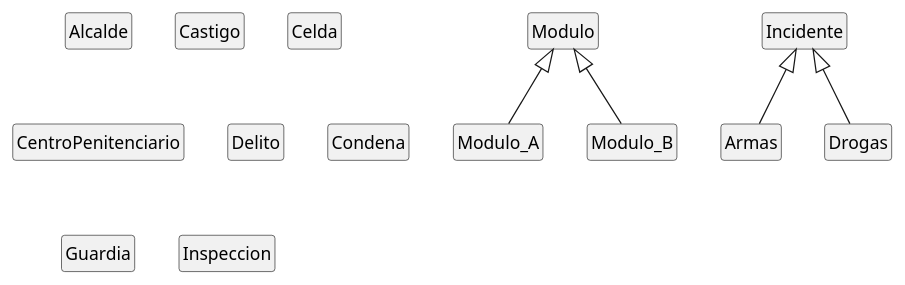
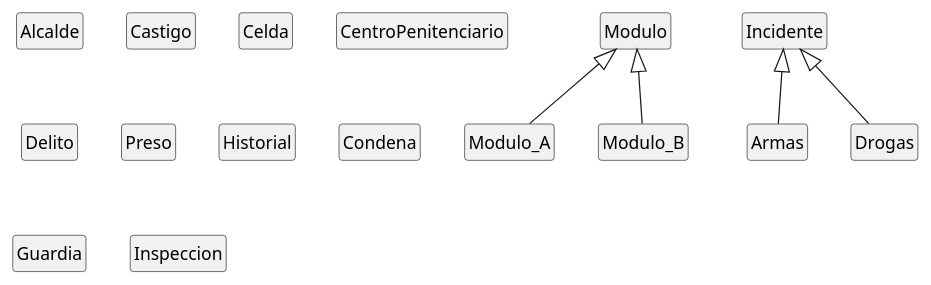
One commit to jjrp1/PDS changed the diagram in p2-b1.puml. Above: the diagram before and after it, drawn with PlantUML.

```diff
--- a/p2-b1.puml
+++ b/p2-b1.puml
@@ -1,23 +1,25 @@
 @startuml
 hide empty fields 
 hide empty attributes 
 hide empty methods
 hide empty members
 hide circle
 
 class Alcalde
 class Castigo
 class Celda
 class CentroPenitenciario
 class Modulo
 class Modulo_A extends Modulo
 class Modulo_B extends Modulo
 class Delito
+class Preso
+class Historial
 class Condena
 class Guardia
 class Inspeccion
 class Incidente
 class Armas extends Incidente
 class Drogas extends Incidente
 
 @enduml
```
